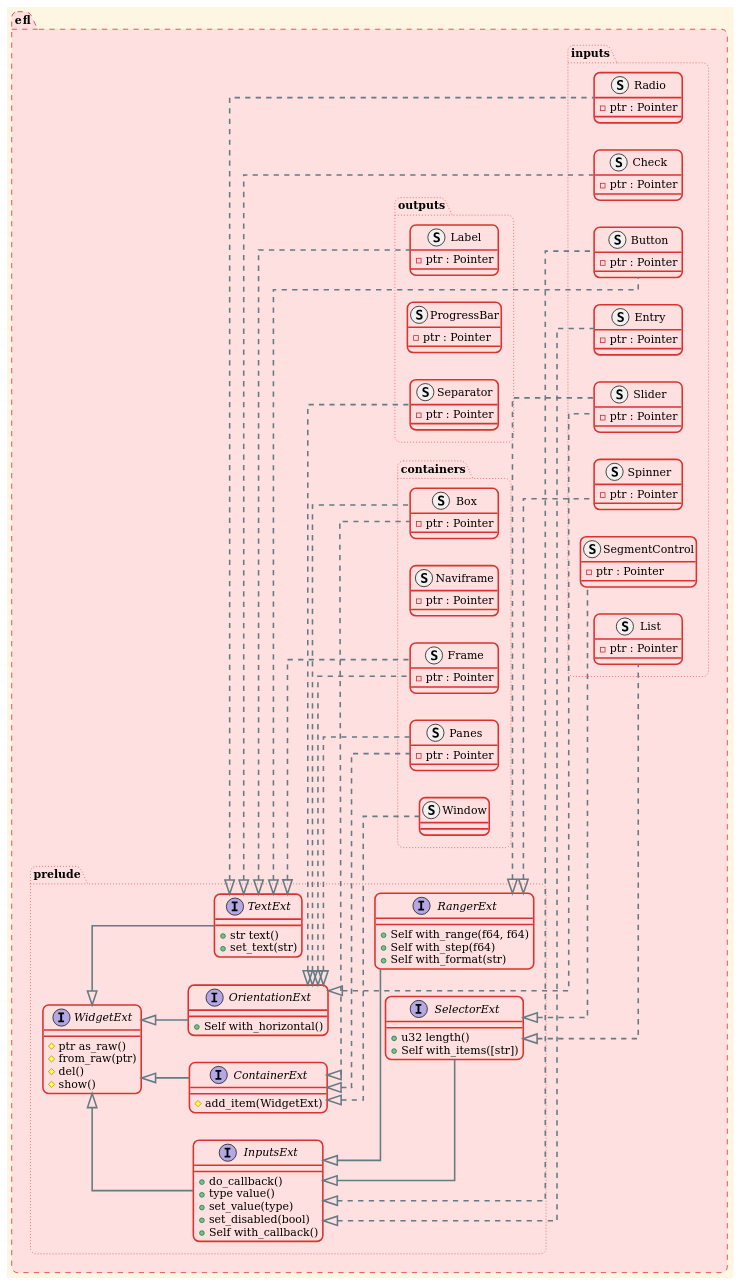
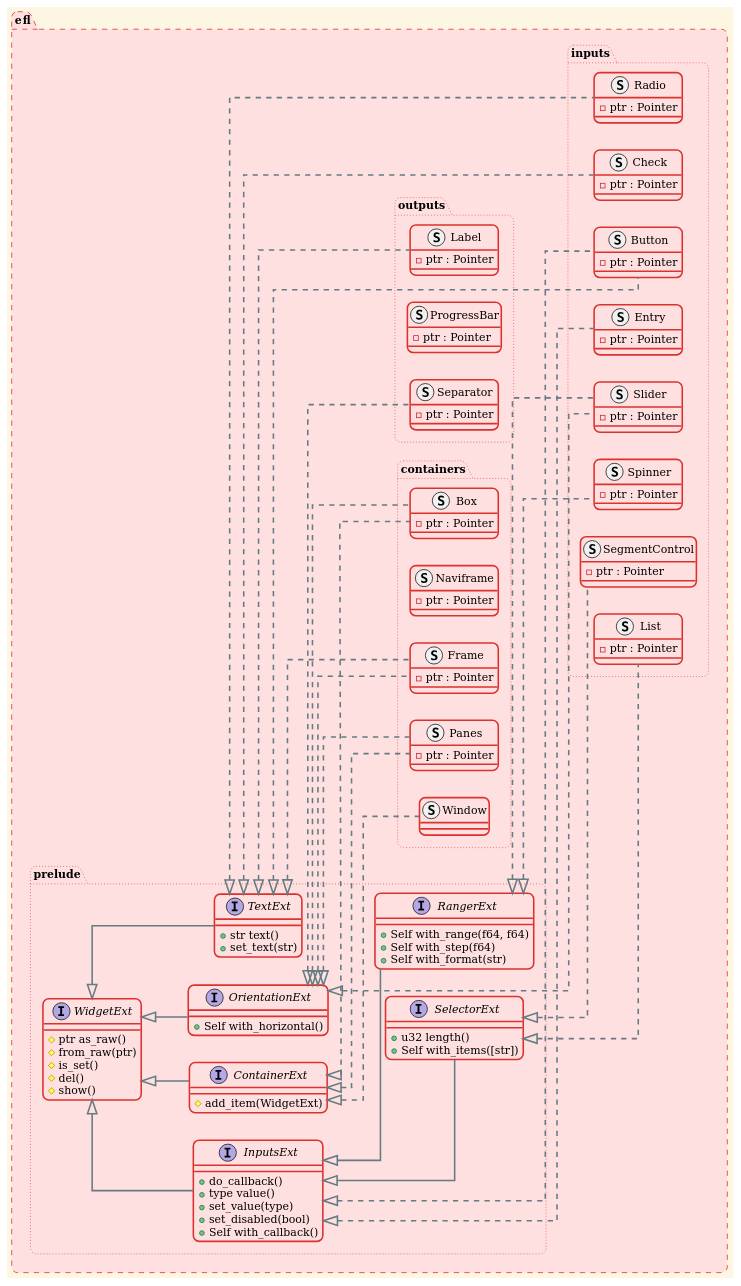
The diagram in README.md (theavege/efl-rs), drawn with PlantUML before and after one commit. The commit also changed other lines of this file and 18 other files, not shown here.

```diff
--- a/README.md
+++ b/README.md
@@ -120,6 +129,7 @@
         interface WidgetExt {
             #ptr as_raw()
             #from_raw(ptr)
+            #is_set()
             #del()
             #show()
         }
```
